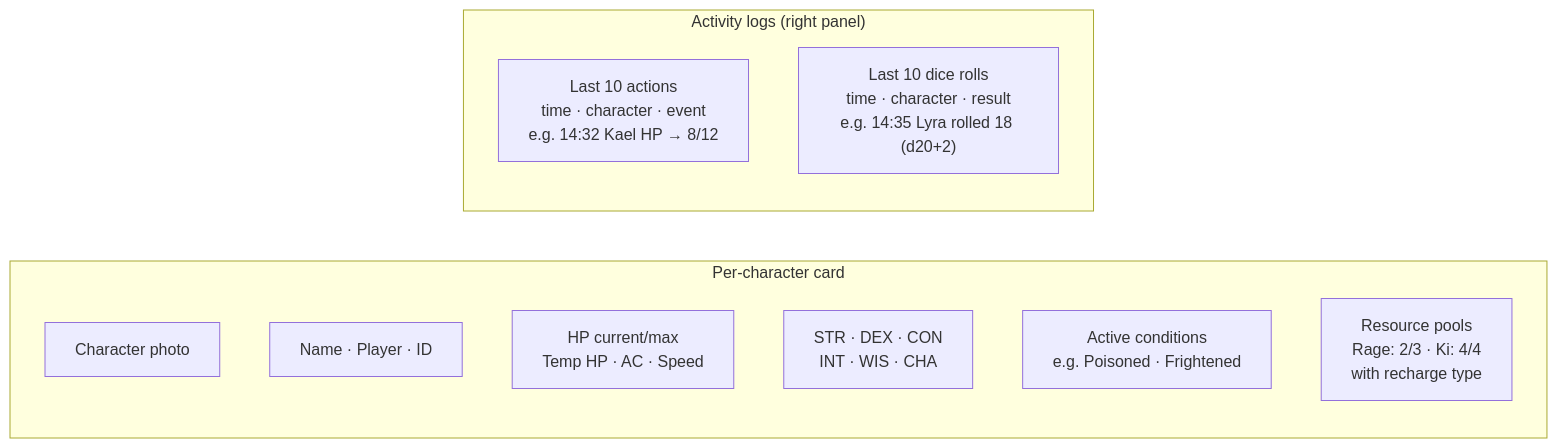
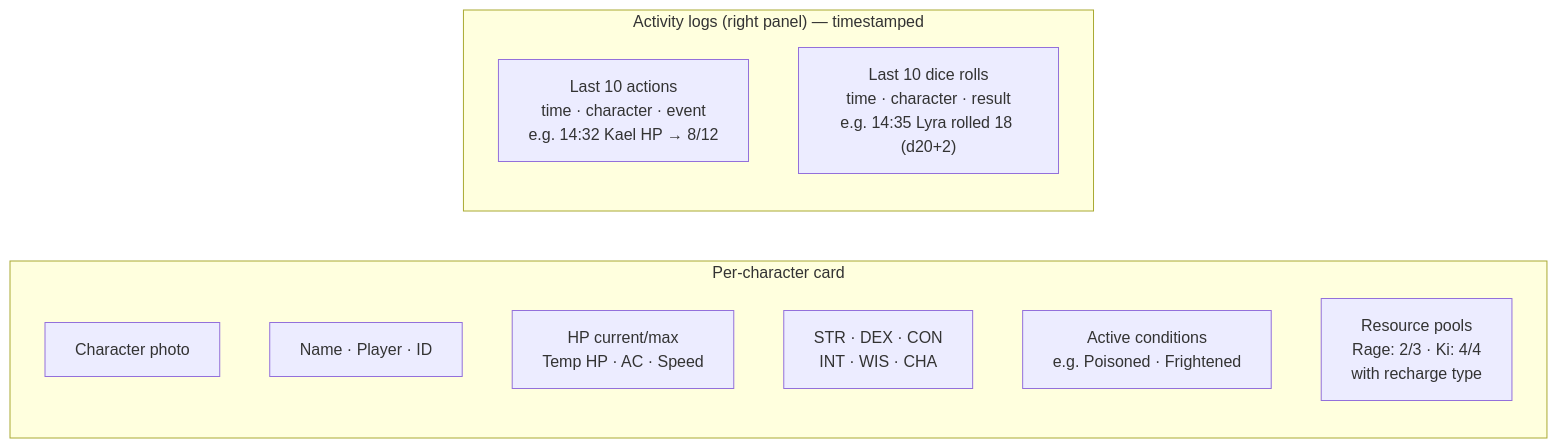
Before and after one commit to s0lci700/OVERLAYS: the ninth of 9 diagrams in demo-pitch-docs/workflow-users.md, drawn with Mermaid. The commit also changed other lines of this file and 2 other files, not shown here.

````diff
--- a/demo-pitch-docs/workflow-users.md
+++ b/demo-pitch-docs/workflow-users.md
@@ -213,16 +217,16 @@
 ```mermaid
 flowchart LR
     subgraph CARD["Per-character card"]
         PHOTO[Character photo]
         IDENTITY["Name · Player · ID"]
         VITALS["HP current/max\nTemp HP · AC · Speed"]
         ABILITIES["STR · DEX · CON\nINT · WIS · CHA"]
         CONDITIONS["Active conditions\ne.g. Poisoned · Frightened"]
         RESOURCES["Resource pools\nRage: 2/3 · Ki: 4/4\nwith recharge type"]
     end
 
-    subgraph LOG["Activity logs (right panel)"]
+    subgraph LOG["Activity logs (right panel) — timestamped"]
         ACTION["Last 10 actions\ntime · character · event\ne.g. 14:32 Kael HP → 8/12"]
         ROLLS["Last 10 dice rolls\ntime · character · result\ne.g. 14:35 Lyra rolled 18 (d20+2)"]
     end
 ```
````
